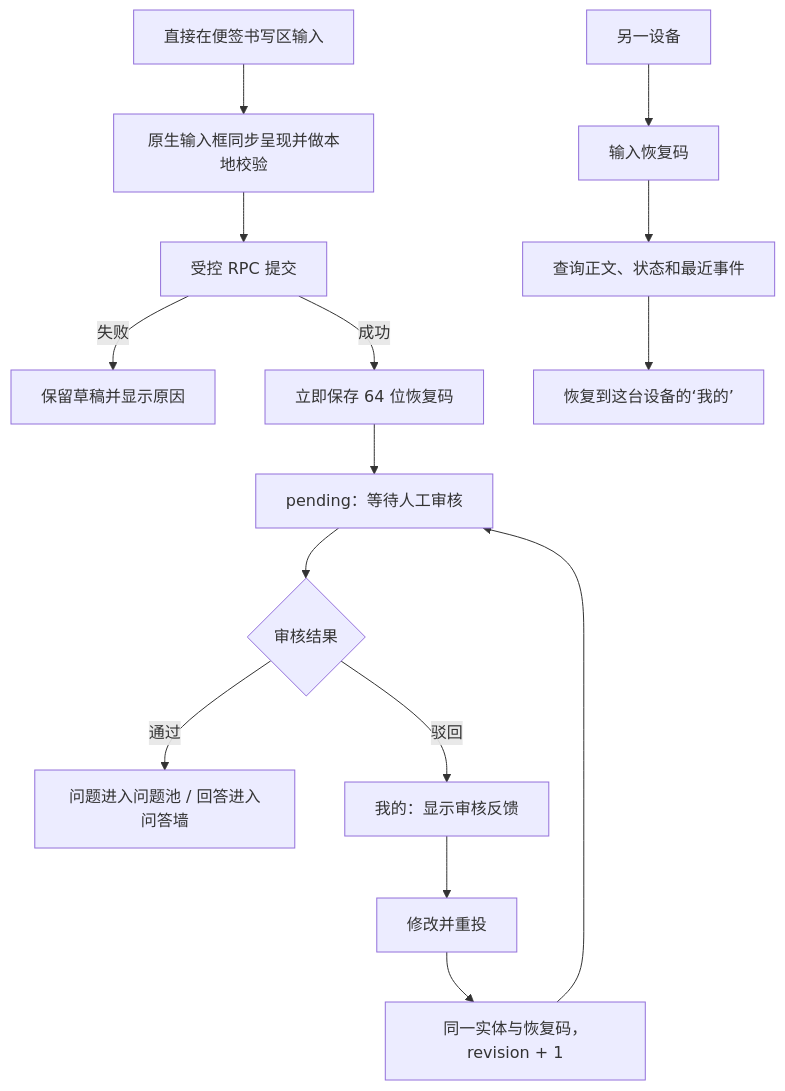
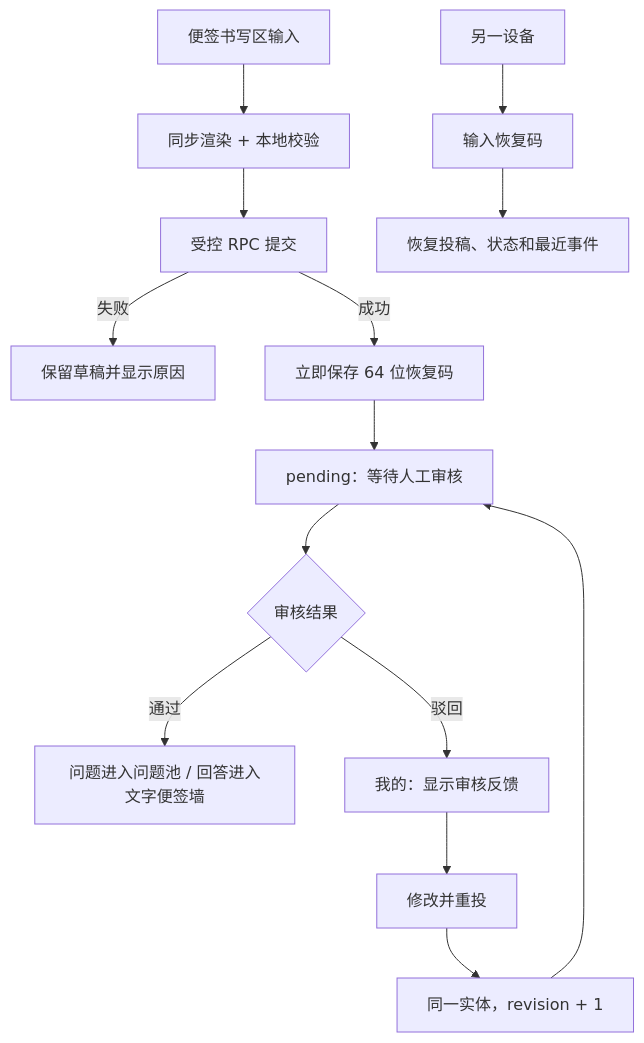
The second of 4 diagrams in docs/FLOWS.md (GDZ7274/intergenerational-question-wall), drawn with Mermaid before and after one commit. The commit also changed other lines of this file and 17 other files, not shown here.

````diff
--- a/docs/FLOWS.md
+++ b/docs/FLOWS.md
@@ -62,18 +59,13 @@
 ```mermaid
 flowchart TD
-    A["直接在便签书写区输入"] --> B["原生输入框同步呈现并做本地校验"]
+    A["便签书写区输入"] --> B["同步渲染 + 本地校验"]
     B --> C["受控 RPC 提交"]
     C -->|"失败"| D["保留草稿并显示原因"]
     C -->|"成功"| E["立即保存 64 位恢复码"]
     E --> F["pending：等待人工审核"]
     F --> G{"审核结果"}
-    G -->|"通过"| H["问题进入问题池 / 回答进入问答墙"]
+    G -->|"通过"| H["问题进入问题池 / 回答进入文字便签墙"]
     G -->|"驳回"| I["我的：显示审核反馈"]
-    I --> J["修改并重投"]
-    J --> K["同一实体与恢复码，revision + 1"]
-    K --> F
-
-    L["另一设备"] --> M["输入恢复码"]
-    M --> N["查询正文、状态和最近事件"]
-    N --> O["恢复到这台设备的‘我的’"]
+    I --> J["修改并重投"] --> K["同一实体，revision + 1"] --> F
+    L["另一设备"] --> M["输入恢复码"] --> N["恢复投稿、状态和最近事件"]
 ```
````
